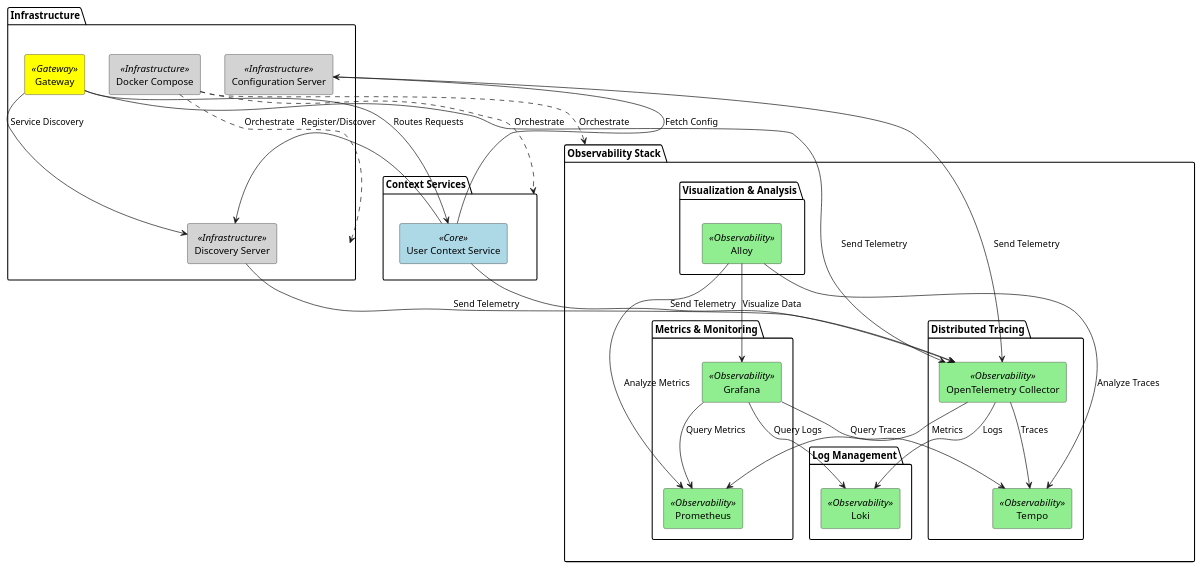
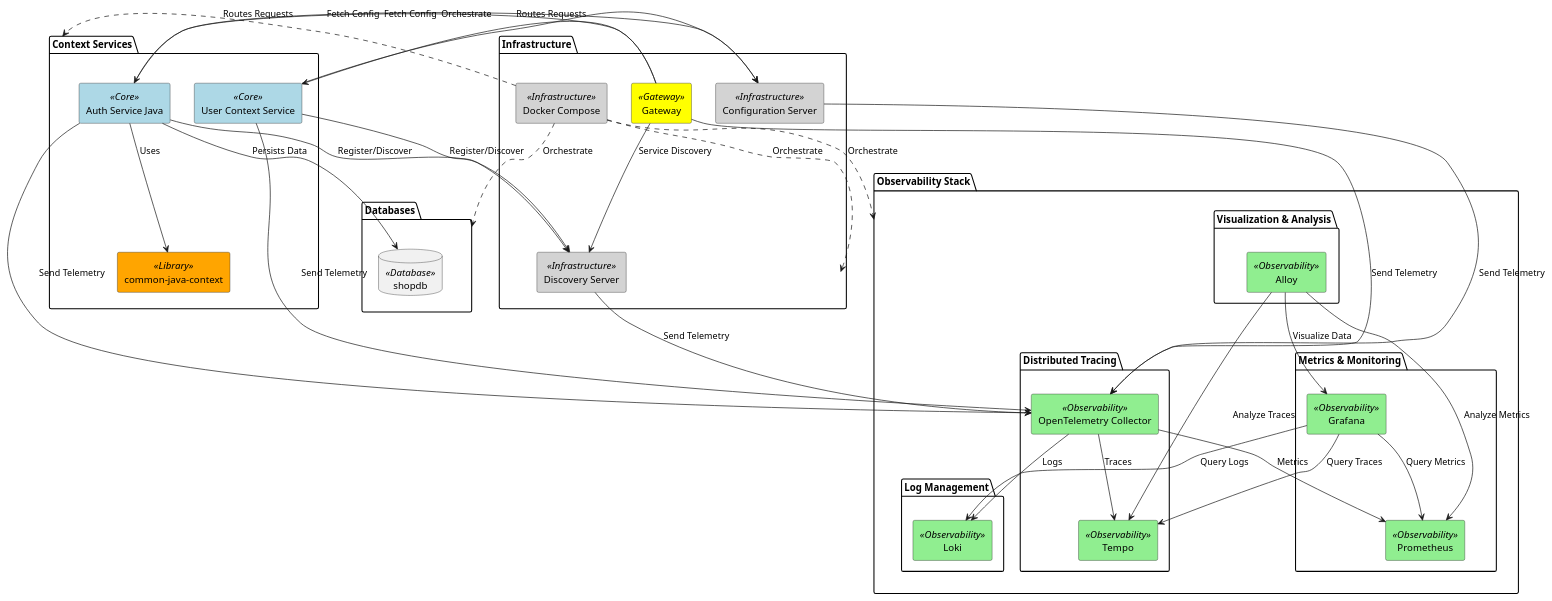
Before and after one commit to andresmromerol/microservices-architectures-patterns-testing-ddd-events-eda-cqrs-saga-cicd-docker-kubernetes: the diagram in uml/component-diagram.puml, drawn with PlantUML. The commit also changed 50 other files, not shown here.

First line of the commit message:
feat: initialize auth-service-java and shopdb database

```diff
--- a/uml/component-diagram.puml
+++ b/uml/component-diagram.puml
@@ -1,69 +1,84 @@
 @startuml Microservices Architecture
 
 skinparam componentStyle rectangle
 skinparam component {
   BackgroundColor<<Core>> LightBlue
   BackgroundColor<<Observability>> LightGreen
   BackgroundColor<<Infrastructure>> LightGray
   BackgroundColor<<Gateway>> Yellow
+  BackgroundColor<<Database>> Pink
+  BackgroundColor<<Library>> Orange
 }
 
 package "Context Services" {
   [User Context Service]<<Core>>
+  [Auth Service Java]<<Core>>
+  [common-java-context]<<Library>>
+}
+
+package "Databases" {
+  database "shopdb"<<Database>>
 }
 
 package "Infrastructure" {
   [Gateway]<<Gateway>>
   [Docker Compose]<<Infrastructure>>
   [Configuration Server]<<Infrastructure>>
   [Discovery Server]<<Infrastructure>>
 }
 
 package "Observability Stack" {
   package "Metrics & Monitoring" {
     [Grafana]<<Observability>>
     [Prometheus]<<Observability>>
   }
   
   package "Distributed Tracing" {
     [Tempo]<<Observability>>
     [OpenTelemetry Collector]<<Observability>>
   }
   
   package "Log Management" {
     [Loki]<<Observability>>
   }
   
   package "Visualization & Analysis" {
     [Alloy]<<Observability>>
   }
 }
 
+[Auth Service Java] --> [common-java-context] : Uses
+[Auth Service Java] --> [shopdb] : Persists Data
 
 [Gateway] --> [Discovery Server] : Service Discovery
 [Gateway] --> [User Context Service] : Routes Requests
+[Gateway] --> [Auth Service Java] : Routes Requests
 [User Context Service] --> [Configuration Server] : Fetch Config
 [User Context Service] --> [Discovery Server] : Register/Discover
+[Auth Service Java] --> [Configuration Server] : Fetch Config
+[Auth Service Java] --> [Discovery Server] : Register/Discover
 
 [User Context Service] --> [OpenTelemetry Collector] : Send Telemetry
+[Auth Service Java] --> [OpenTelemetry Collector] : Send Telemetry
 [Gateway] --> [OpenTelemetry Collector] : Send Telemetry
 [Configuration Server] --> [OpenTelemetry Collector] : Send Telemetry
 [Discovery Server] --> [OpenTelemetry Collector] : Send Telemetry
 
 [OpenTelemetry Collector] --> [Tempo] : Traces
 [OpenTelemetry Collector] --> [Loki] : Logs
 [OpenTelemetry Collector] --> [Prometheus] : Metrics
 
 [Grafana] --> [Prometheus] : Query Metrics
 [Grafana] --> [Tempo] : Query Traces
 [Grafana] --> [Loki] : Query Logs
 
 [Alloy] --> [Grafana] : Visualize Data
 [Alloy] --> [Prometheus] : Analyze Metrics
 [Alloy] --> [Tempo] : Analyze Traces
 
 [Docker Compose] ..> [Context Services] : Orchestrate
 [Docker Compose] ..> [Observability Stack] : Orchestrate
 [Docker Compose] ..> [Infrastructure] : Orchestrate
+[Docker Compose] ..> [Databases] : Orchestrate
 
 @enduml
```
